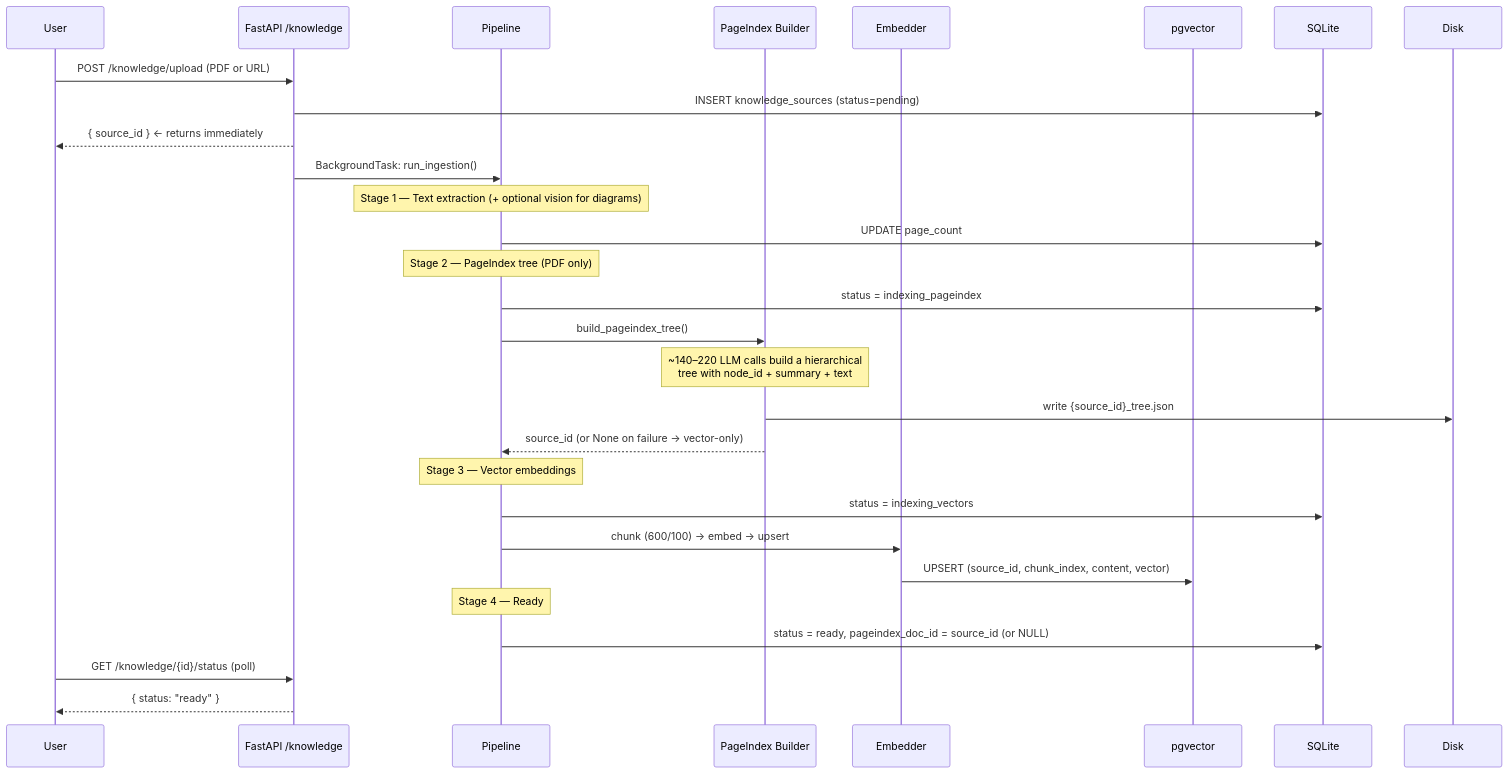
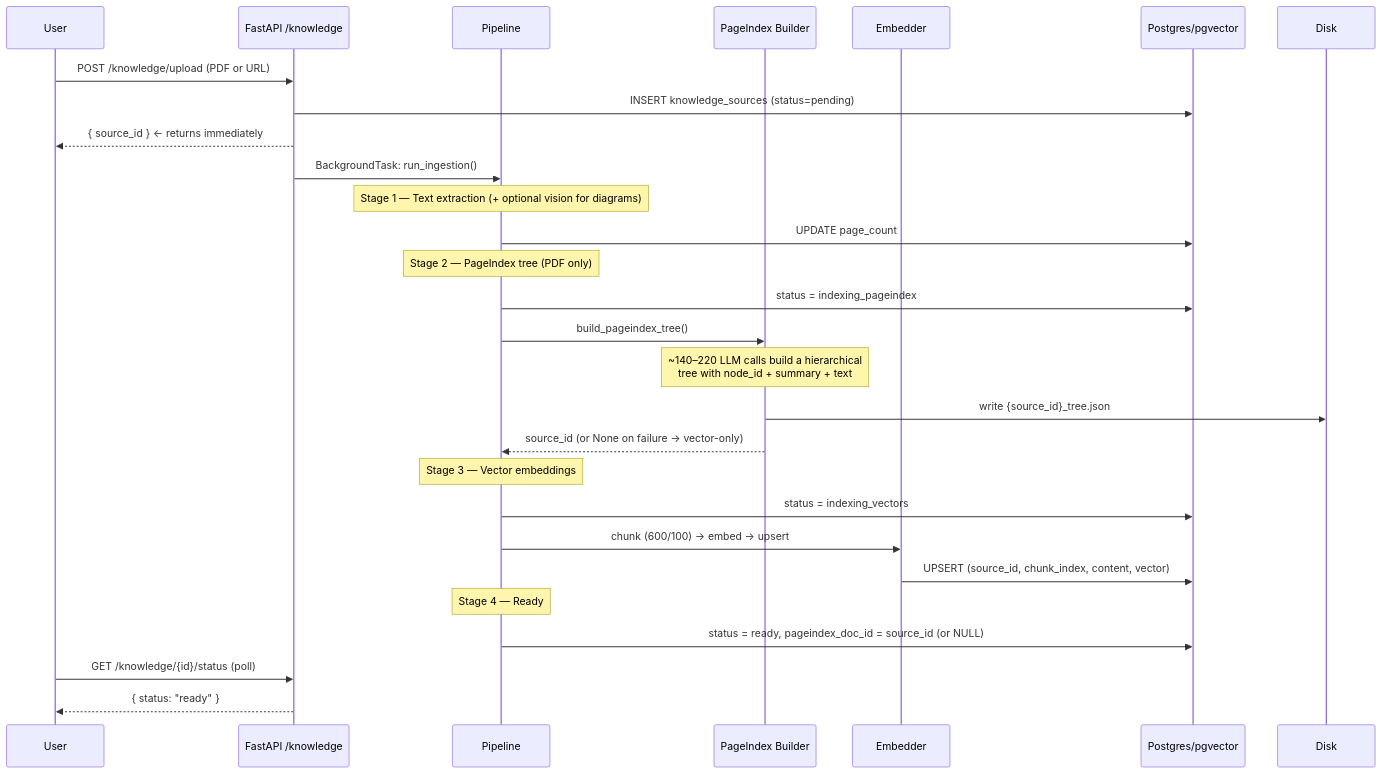
Before and after one commit to Hafiz408/scholar: the first of 6 diagrams in docs/flows.md, drawn with Mermaid. The commit also changed other lines of this file and 12 other files, not shown here.

````diff
--- a/docs/flows.md
+++ b/docs/flows.md
@@ -11,37 +11,36 @@
 ```mermaid
 sequenceDiagram
     participant U as User
     participant API as FastAPI /knowledge
     participant P as Pipeline
     participant PI as PageIndex Builder
     participant EM as Embedder
-    participant PG as pgvector
-    participant DB as SQLite
+    participant PG as Postgres/pgvector
     participant FS as Disk
 
     U->>API: POST /knowledge/upload (PDF or URL)
-    API->>DB: INSERT knowledge_sources (status=pending)
+    API->>PG: INSERT knowledge_sources (status=pending)
     API-->>U: { source_id }  ← returns immediately
     API->>P: BackgroundTask: run_ingestion()
 
     Note over P: Stage 1 — Text extraction (+ optional vision for diagrams)
-    P->>DB: UPDATE page_count
+    P->>PG: UPDATE page_count
 
     Note over P: Stage 2 — PageIndex tree (PDF only)
-    P->>DB: status = indexing_pageindex
+    P->>PG: status = indexing_pageindex
     P->>PI: build_pageindex_tree()
     Note over PI: ~140–220 LLM calls build a hierarchical<br/>tree with node_id + summary + text
     PI->>FS: write {source_id}_tree.json
     PI-->>P: source_id (or None on failure → vector-only)
 
     Note over P: Stage 3 — Vector embeddings
-    P->>DB: status = indexing_vectors
+    P->>PG: status = indexing_vectors
     P->>EM: chunk (600/100) → embed → upsert
     EM->>PG: UPSERT (source_id, chunk_index, content, vector)
 
     Note over P: Stage 4 — Ready
-    P->>DB: status = ready, pageindex_doc_id = source_id (or NULL)
+    P->>PG: status = ready, pageindex_doc_id = source_id (or NULL)
 
     U->>API: GET /knowledge/{id}/status (poll)
     API-->>U: { status: "ready" }
 ```
````
